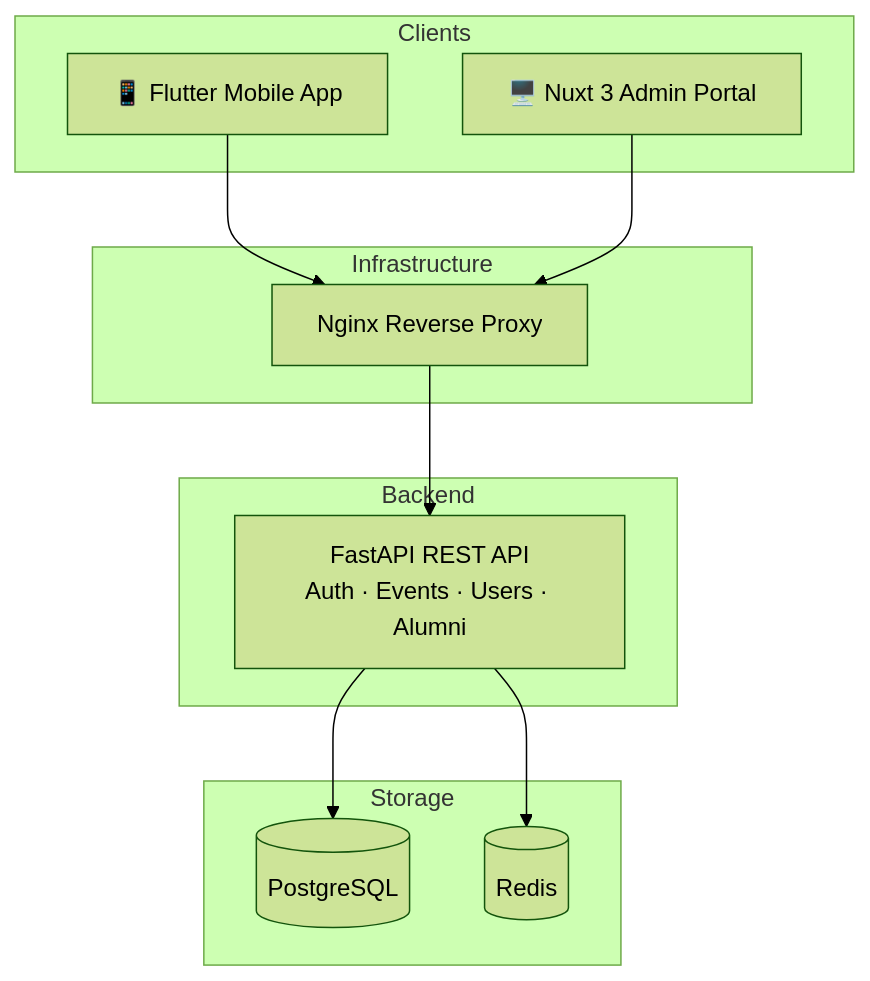
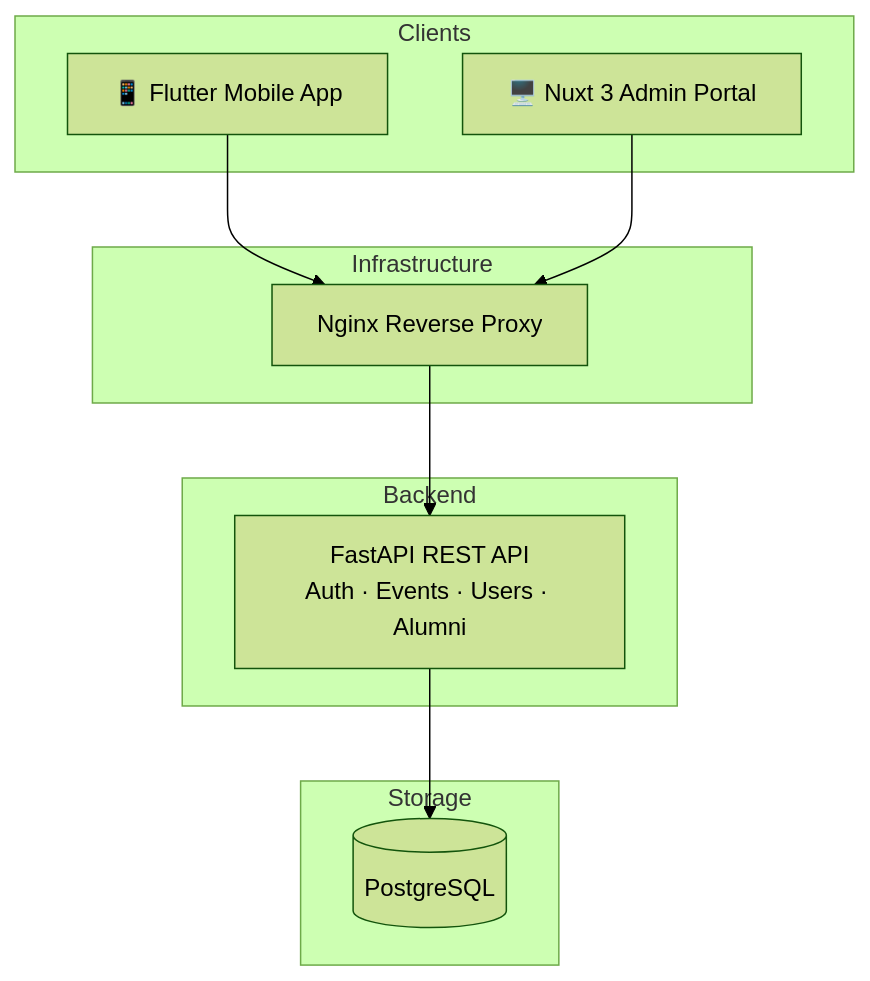
Before and after one commit to iu-alumni/.github: the diagram in profile/README.md, drawn with Mermaid (forest theme).

Commit message:
fix: remove Redis/cache from architecture diagram
We don't use Redis - remove CACHE node and its edge from the Mermaid diagram

````diff
--- a/profile/README.md
+++ b/profile/README.md
@@ -22,26 +22,24 @@
 ```mermaid
 graph TD
     subgraph Clients
         MOB[📱 Flutter Mobile App]
         WEB[🖥️ Nuxt 3 Admin Portal]
     end
 
     subgraph Infrastructure
         LB[Nginx Reverse Proxy]
     end
 
     subgraph Backend
         API[FastAPI REST API\nAuth · Events · Users · Alumni]
     end
 
     subgraph Storage
         DB[(PostgreSQL)]
-        CACHE[(Redis)]
     end
 
     MOB --> LB
     WEB --> LB
     LB --> API
     API --> DB
-    API --> CACHE
 ```
````
